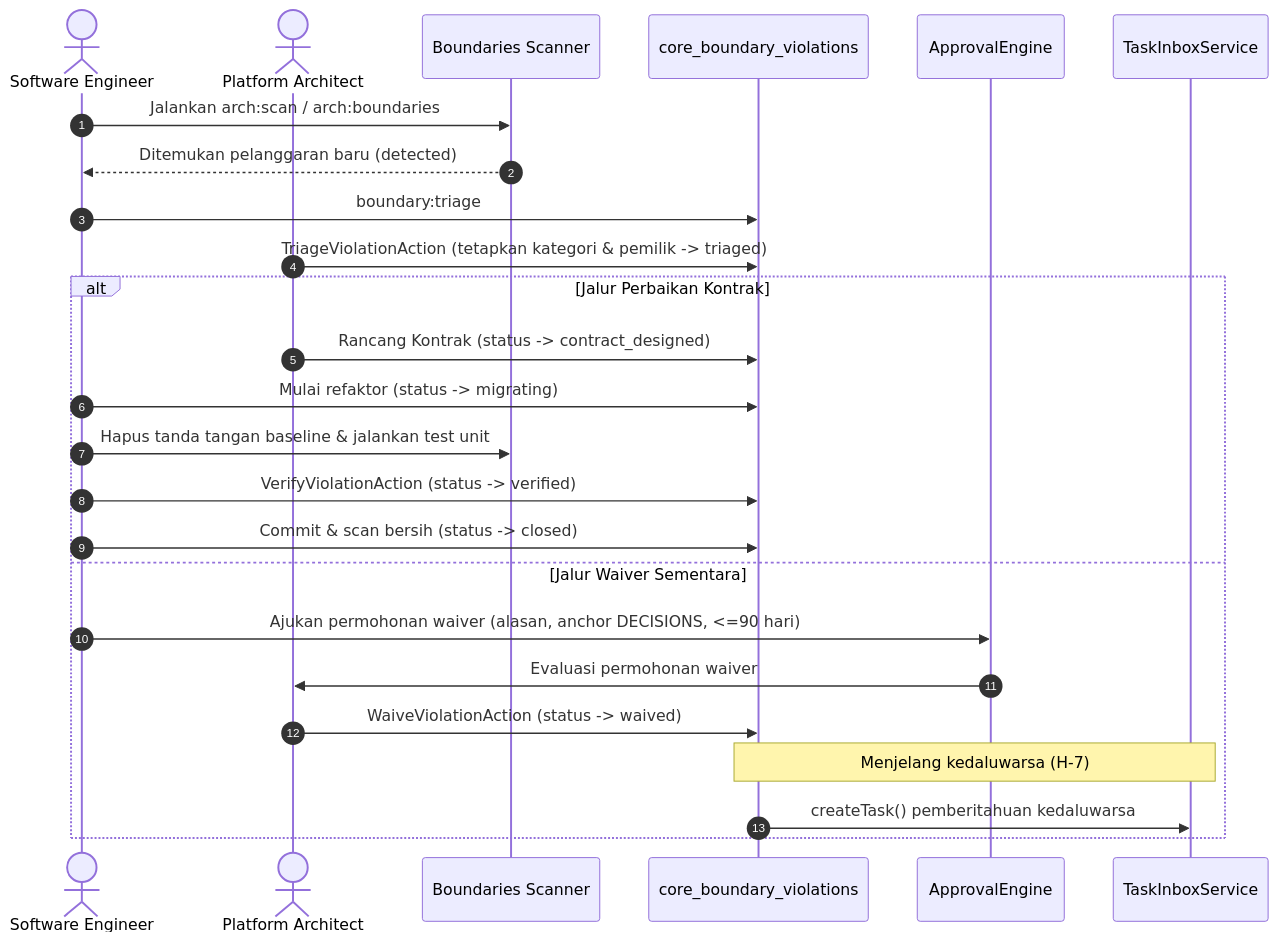
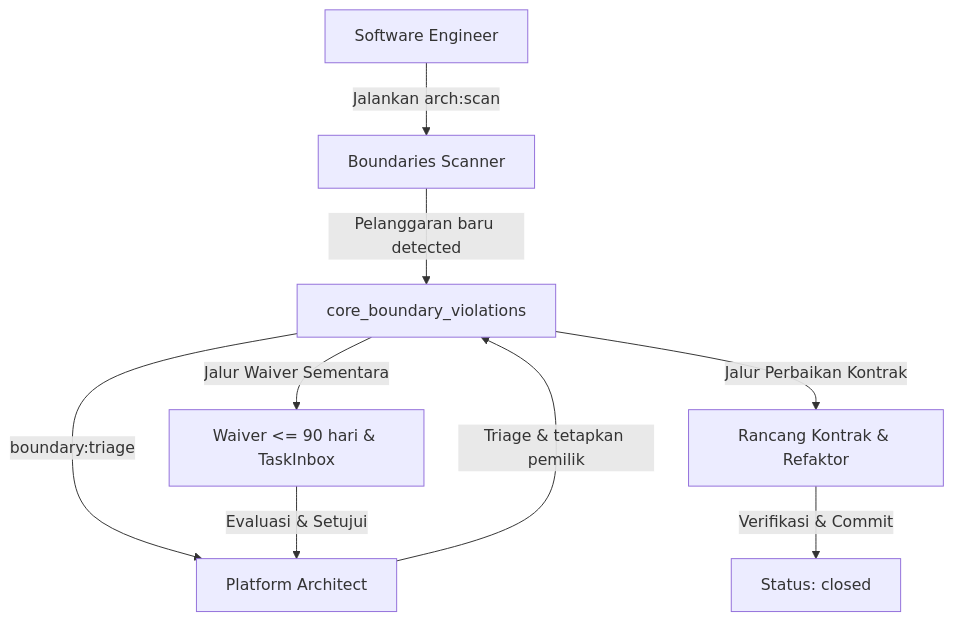
The diagram in docs/panduan/platform_architect/fase-R4.md (Orls967/SuperWeb), drawn with Mermaid before and after one commit. The commit also changed other lines of this file and 6 other files, not shown here.

Commit message:
fix(core): sync codebase/openapi specs, update A1/A2 ratchet ceilings, fix VehiclePolicy and diagram count

````diff
--- a/docs/panduan/platform_architect/fase-R4.md
+++ b/docs/panduan/platform_architect/fase-R4.md
@@ -50,28 +50,11 @@
 ```mermaid
-sequenceDiagram
-    autonumber
-    actor Dev as Software Engineer
-    actor Arch as Platform Architect
-    participant Scan as Boundaries Scanner
-    participant DB as core_boundary_violations
-    participant Engine as ApprovalEngine
-    participant Inbox as TaskInboxService
-
-    Dev->>Scan: Jalankan arch:scan / arch:boundaries
-    Scan-->>Dev: Ditemukan pelanggaran baru (detected)
-    Dev->>DB: boundary:triage
-    Arch->>DB: TriageViolationAction (tetapkan kategori & pemilik -> triaged)
-    alt Jalur Perbaikan Kontrak
-        Arch->>DB: Rancang Kontrak (status -> contract_designed)
-        Dev->>DB: Mulai refaktor (status -> migrating)
-        Dev->>Scan: Hapus tanda tangan baseline & jalankan test unit
-        Dev->>DB: VerifyViolationAction (status -> verified)
-        Dev->>DB: Commit & scan bersih (status -> closed)
-    else Jalur Waiver Sementara
-        Dev->>Engine: Ajukan permohonan waiver (alasan, anchor DECISIONS, <=90 hari)
-        Engine->>Arch: Evaluasi permohonan waiver
-        Arch->>DB: WaiveViolationAction (status -> waived)
-        Note over DB,Inbox: Menjelang kedaluwarsa (H-7)
-        DB->>Inbox: createTask() pemberitahuan kedaluwarsa
-    end
+flowchart TD
+    Dev["Software Engineer"] -->|Jalankan arch:scan| Scan["Boundaries Scanner"]
+    Scan -->|Pelanggaran baru detected| DB["core_boundary_violations"]
+    DB -->|boundary:triage| Arch["Platform Architect"]
+    Arch -->|Triage & tetapkan pemilik| DB
+    DB -->|Jalur Perbaikan Kontrak| C["Rancang Kontrak & Refaktor"]
+    C -->|Verifikasi & Commit| Cl["Status: closed"]
+    DB -->|Jalur Waiver Sementara| W["Waiver <= 90 hari & TaskInbox"]
+    W -->|Evaluasi & Setujui| Arch
 ```
````
